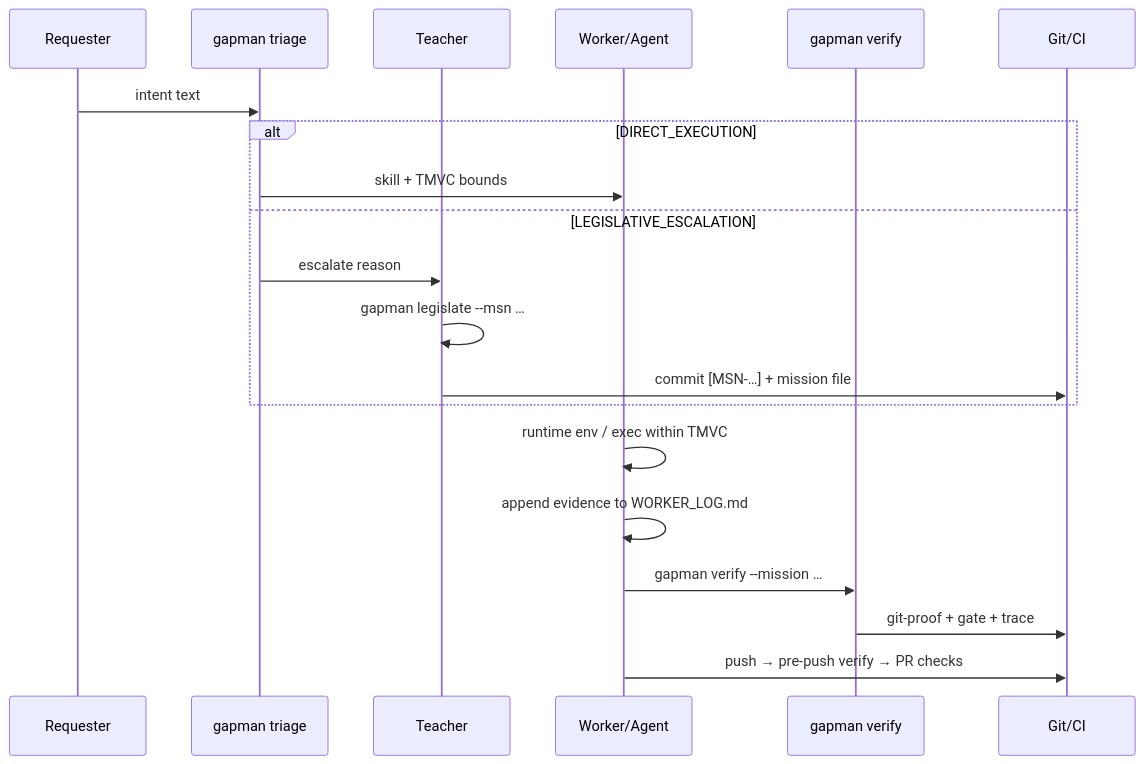
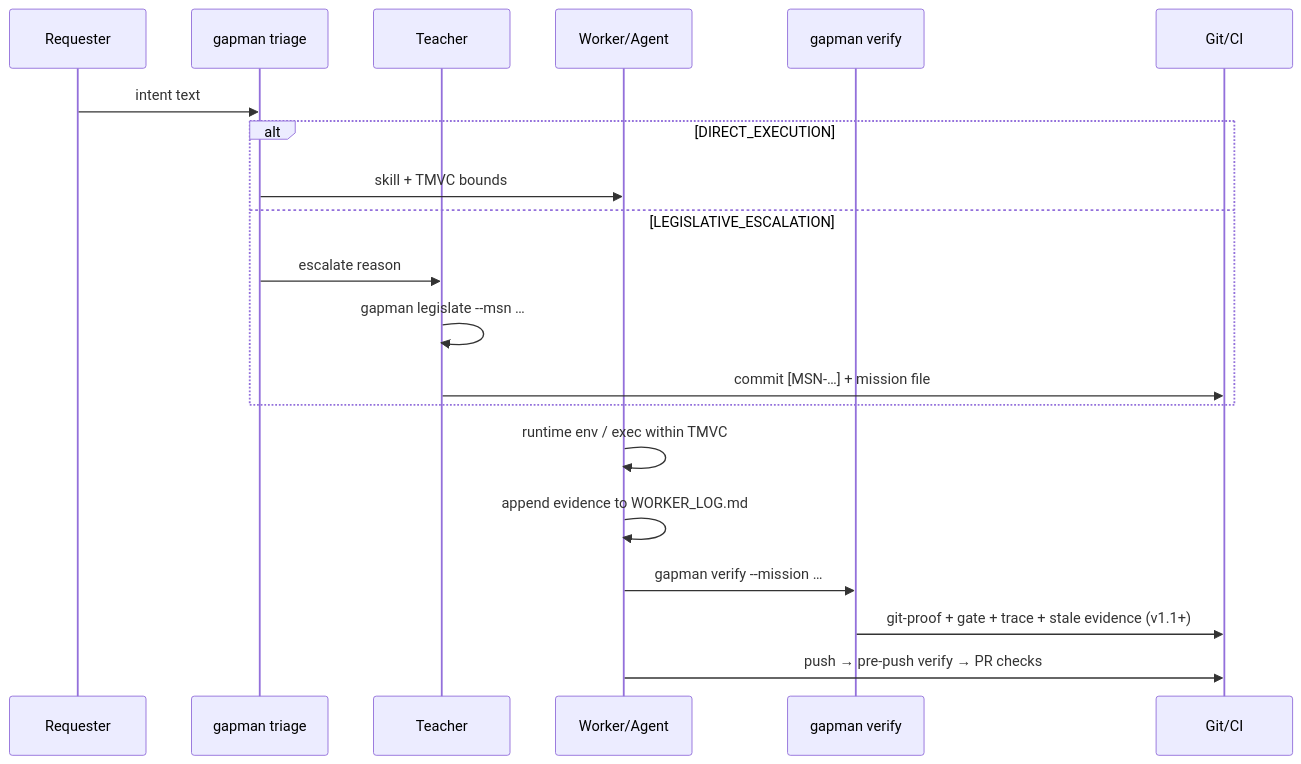
Before and after one commit to jeger-ai/opengantry: the second of 2 diagrams in PROJECT_OUTLINE_ANALYSIS.md, drawn with Mermaid. The commit also changed other lines of this file and 3 other files, not shown here.

````diff
--- a/PROJECT_OUTLINE_ANALYSIS.md
+++ b/PROJECT_OUTLINE_ANALYSIS.md
@@ -209,23 +250,23 @@
 ```mermaid
 sequenceDiagram
   participant R as Requester
   participant F as gapman triage
   participant T as Teacher
   participant W as Worker/Agent
   participant V as gapman verify
   participant G as Git/CI
 
   R->>F: intent text
   alt DIRECT_EXECUTION
     F->>W: skill + TMVC bounds
   else LEGISLATIVE_ESCALATION
     F->>T: escalate reason
     T->>T: gapman legislate --msn …
     T->>G: commit [MSN-…] + mission file
   end
   W->>W: runtime env / exec within TMVC
   W->>W: append evidence to WORKER_LOG.md
   W->>V: gapman verify --mission …
-  V->>G: git-proof + gate + trace
+  V->>G: git-proof + gate + trace + stale evidence (v1.1+)
   W->>G: push → pre-push verify → PR checks
 ```
````
